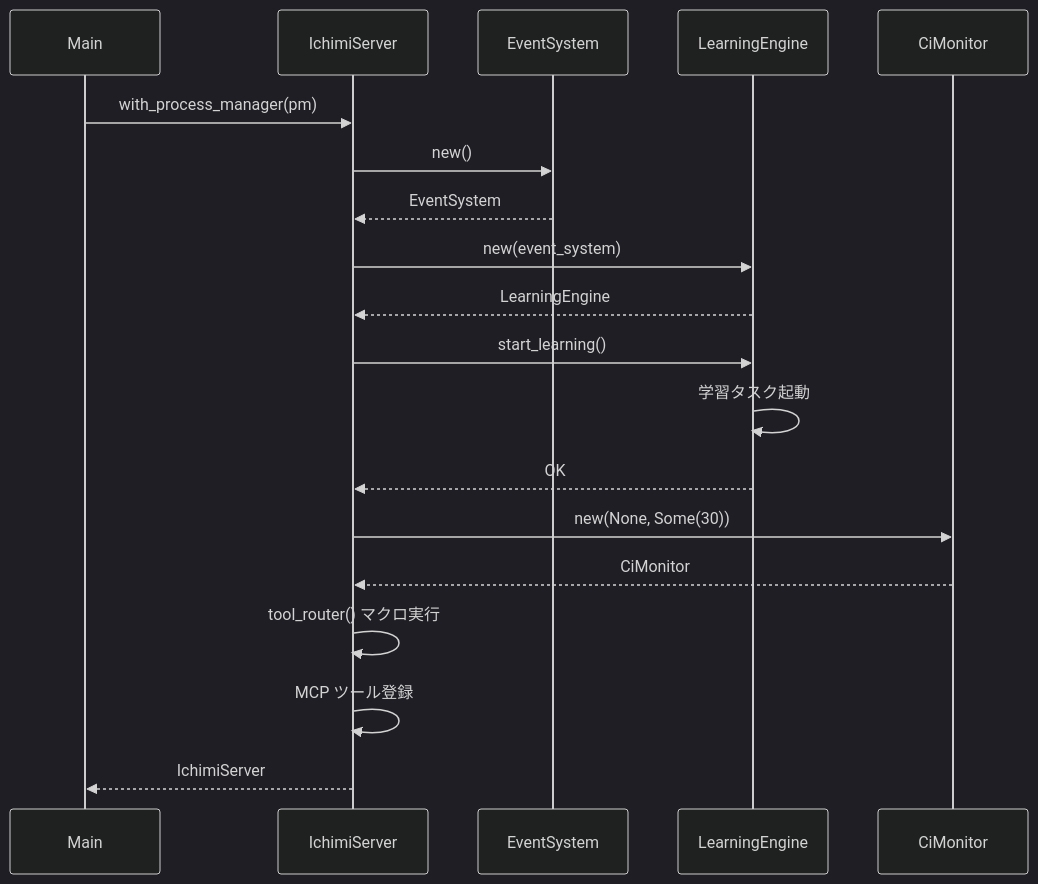
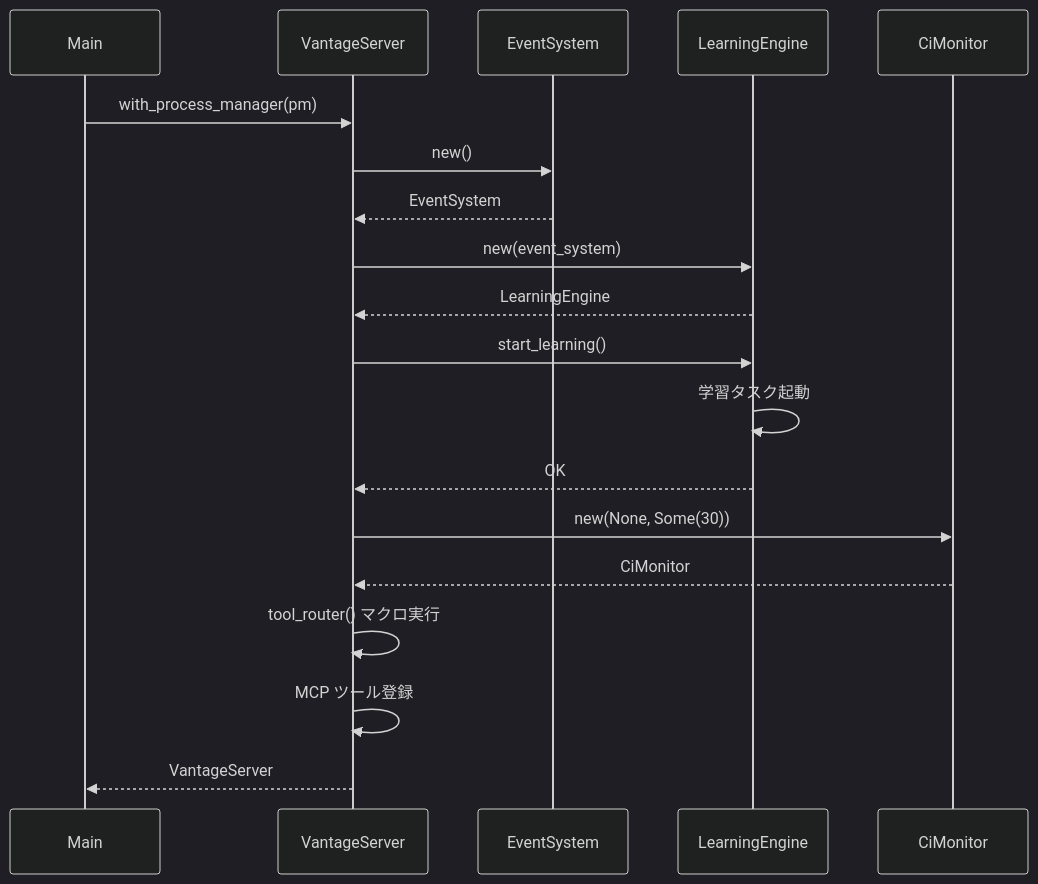
Before and after one commit to chronista-club/vantage-mcp: the fifth of 13 diagrams in docs/server-flows.md, drawn with Mermaid (dark theme). The commit also changed other lines of this file and 122 other files, not shown here.

First line of the commit message:
refactor: Rename project from Ichimi to Vantage MCP (#18)

````diff
--- a/docs/server-flows.md
+++ b/docs/server-flows.md
@@ -195,27 +195,27 @@
 ```mermaid
 sequenceDiagram
     participant Main
-    participant Server as IchimiServer
+    participant Server as VantageServer
     participant Event as EventSystem
     participant Learning as LearningEngine
     participant CI as CiMonitor
 
     Main->>Server: with_process_manager(pm)
     Server->>Event: new()
     Event-->>Server: EventSystem
 
     Server->>Learning: new(event_system)
     Learning-->>Server: LearningEngine
 
     Server->>Learning: start_learning()
     Learning->>Learning: 学習タスク起動
     Learning-->>Server: OK
 
     Server->>CI: new(None, Some(30))
     CI-->>Server: CiMonitor
 
     Server->>Server: tool_router() マクロ実行
     Server->>Server: MCP ツール登録
 
-    Server-->>Main: IchimiServer
+    Server-->>Main: VantageServer
 ```
````
